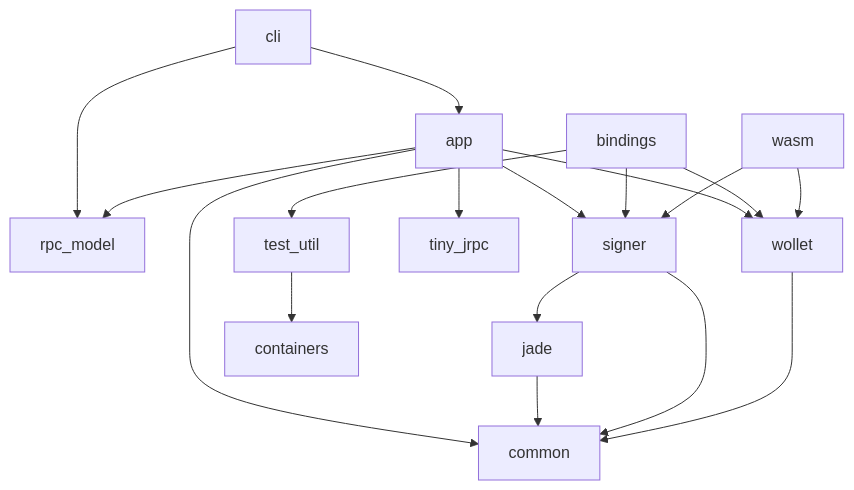
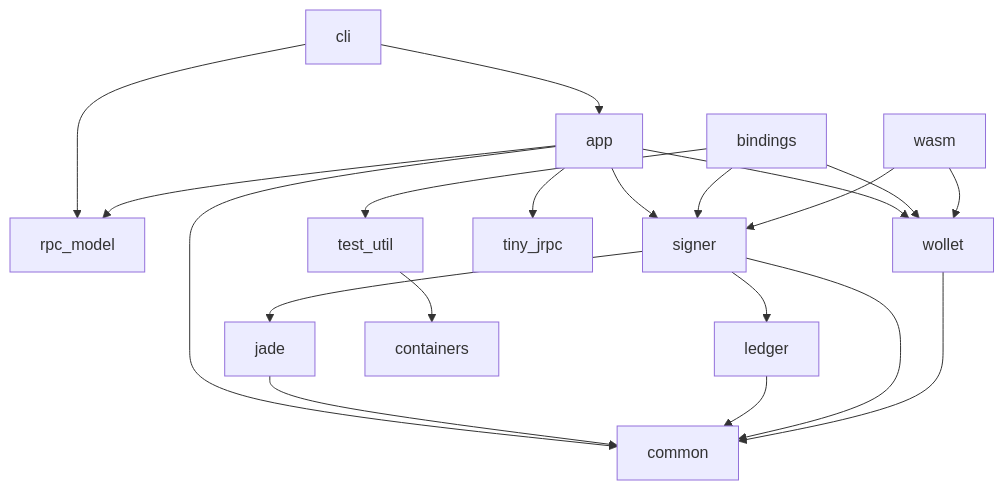
Before and after one commit to Blockstream/lwk: the diagram in README.md, drawn with Mermaid.

Commit message:
readme: mention ledger in dep map

````diff
--- a/README.md
+++ b/README.md
@@ -67,27 +67,29 @@
 ```mermaid
   graph TD;
       cli-->app;
       cli-->rpc_model;
 
       app-->common;
       app-->wollet;
       app-->signer;
       app-->tiny_jrpc;
       app-->rpc_model;
 
       jade-->common;
+      ledger-->common;
 
       signer-->common;
       signer-->jade;
+      signer-->ledger;
 
       wollet-->common;
       
       bindings-->signer;
       bindings-->wollet;
       bindings-->test_util;
 
       wasm-->signer;
       wasm-->wollet;
 
       test_util-->containers
 ```
````
